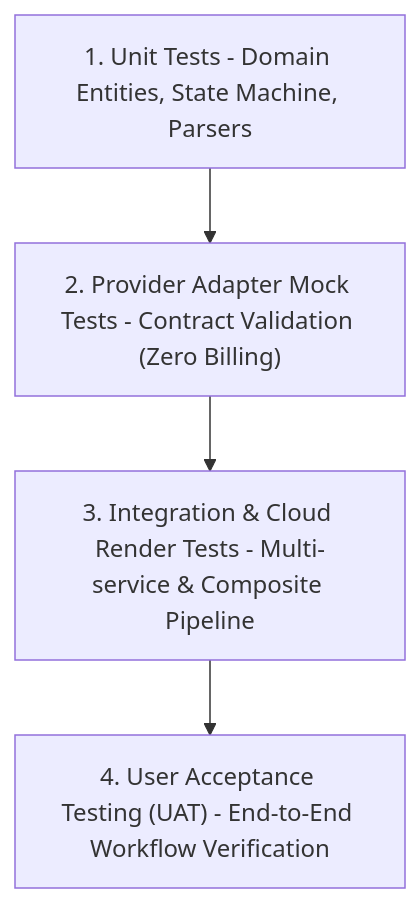
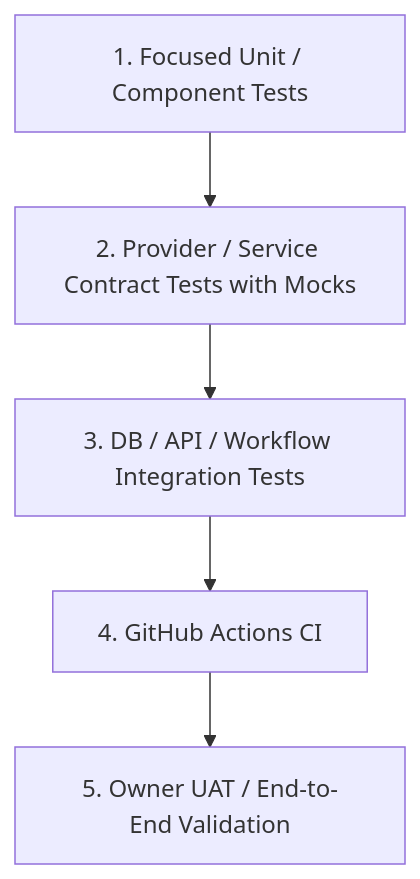
The diagram in project-docs/40_DELIVERY/TEST_UAT_STRATEGY.md (rebootob/Orbis-Video-Studio-AI), drawn with Mermaid before and after one commit. The commit also changed other lines of this file and 10 other files, not shown here.

````diff
--- a/project-docs/40_DELIVERY/TEST_UAT_STRATEGY.md
+++ b/project-docs/40_DELIVERY/TEST_UAT_STRATEGY.md
@@ -11,11 +11,13 @@
 ```mermaid
 graph TD
-    UAT["4. User Acceptance Testing (UAT) - End-to-End Workflow Verification"]
-    Integration["3. Integration & Cloud Render Tests - Multi-service & Composite Pipeline"]
-    MockProvider["2. Provider Adapter Mock Tests - Contract Validation (Zero Billing)"]
-    Unit["1. Unit Tests - Domain Entities, State Machine, Parsers"]
+    Unit[1. Focused Unit / Component Tests]
+    Contract[2. Provider / Service Contract Tests with Mocks]
+    Integration[3. DB / API / Workflow Integration Tests]
+    CI[4. GitHub Actions CI]
+    UAT[5. Owner UAT / End-to-End Validation]
 
-    Unit --> MockProvider
-    MockProvider --> Integration
-    Integration --> UAT
+    Unit --> Contract
+    Contract --> Integration
+    Integration --> CI
+    CI --> UAT
 ```
````
